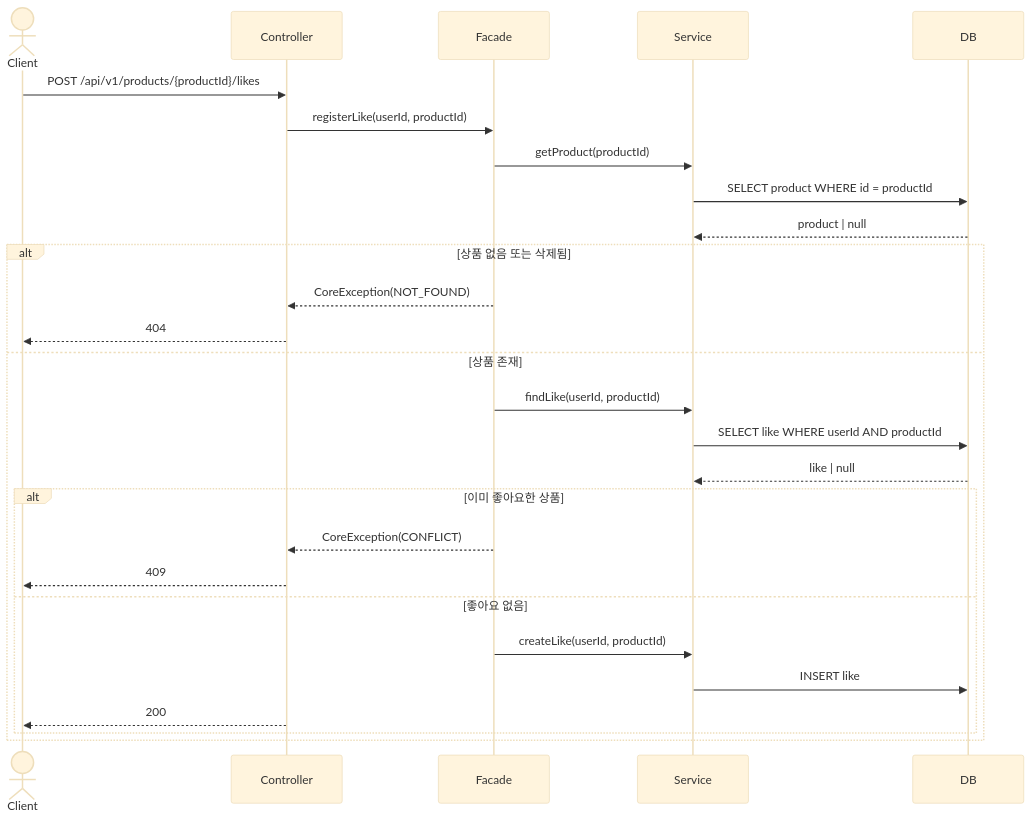
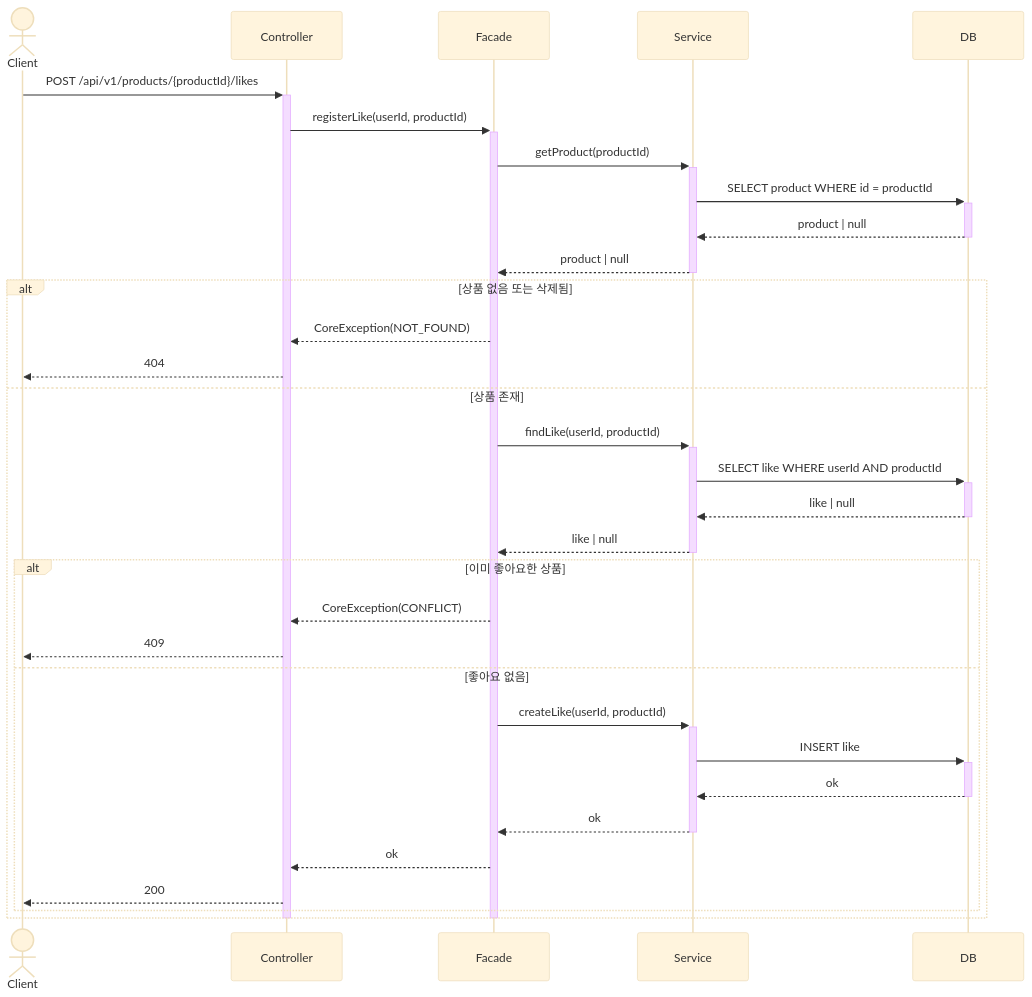
Before and after one commit to loopers-labs/loop-pack-be-l2-vol4-java: the fourth of 21 diagrams in .docs/design/02-sequence-diagrams.md, drawn with Mermaid (base theme). The commit also changed other lines of this file, not shown here.

Commit message:
docs: 시퀀스 다이어그램 수정

````diff
--- a/.docs/design/02-sequence-diagrams.md
+++ b/.docs/design/02-sequence-diagrams.md
@@ -85,33 +91,40 @@
 ```mermaid
 sequenceDiagram
     actor Client
     participant Controller
     participant Facade
     participant Service
     participant DB
 
-    Client->>Controller: POST /api/v1/products/{productId}/likes
-    Controller->>Facade: registerLike(userId, productId)
+    Client->>+Controller: POST /api/v1/products/{productId}/likes
+    Controller->>+Facade: registerLike(userId, productId)
 
-    Facade->>Service: getProduct(productId)
-    Service->>DB: SELECT product WHERE id = productId
-    DB-->>Service: product | null
+    Facade->>+Service: getProduct(productId)
+    Service->>+DB: SELECT product WHERE id = productId
+    DB-->>-Service: product | null
+    Service-->>-Facade: product | null
 
     alt 상품 없음 또는 삭제됨
         Facade-->>Controller: CoreException(NOT_FOUND)
         Controller-->>Client: 404
     else 상품 존재
-        Facade->>Service: findLike(userId, productId)
-        Service->>DB: SELECT like WHERE userId AND productId
-        DB-->>Service: like | null
+        Facade->>+Service: findLike(userId, productId)
+        Service->>+DB: SELECT like WHERE userId AND productId
+        DB-->>-Service: like | null
+        Service-->>-Facade: like | null
 
         alt 이미 좋아요한 상품
             Facade-->>Controller: CoreException(CONFLICT)
             Controller-->>Client: 409
         else 좋아요 없음
-            Facade->>Service: createLike(userId, productId)
-            Service->>DB: INSERT like
+            Facade->>+Service: createLike(userId, productId)
+            Service->>+DB: INSERT like
+            DB-->>-Service: ok
+            Service-->>-Facade: ok
+            Facade-->>Controller: ok
             Controller-->>Client: 200
         end
     end
+    deactivate Facade
+    deactivate Controller
 ```
````
